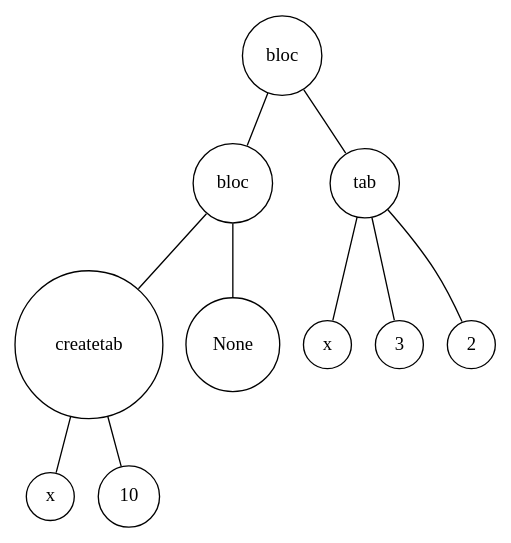
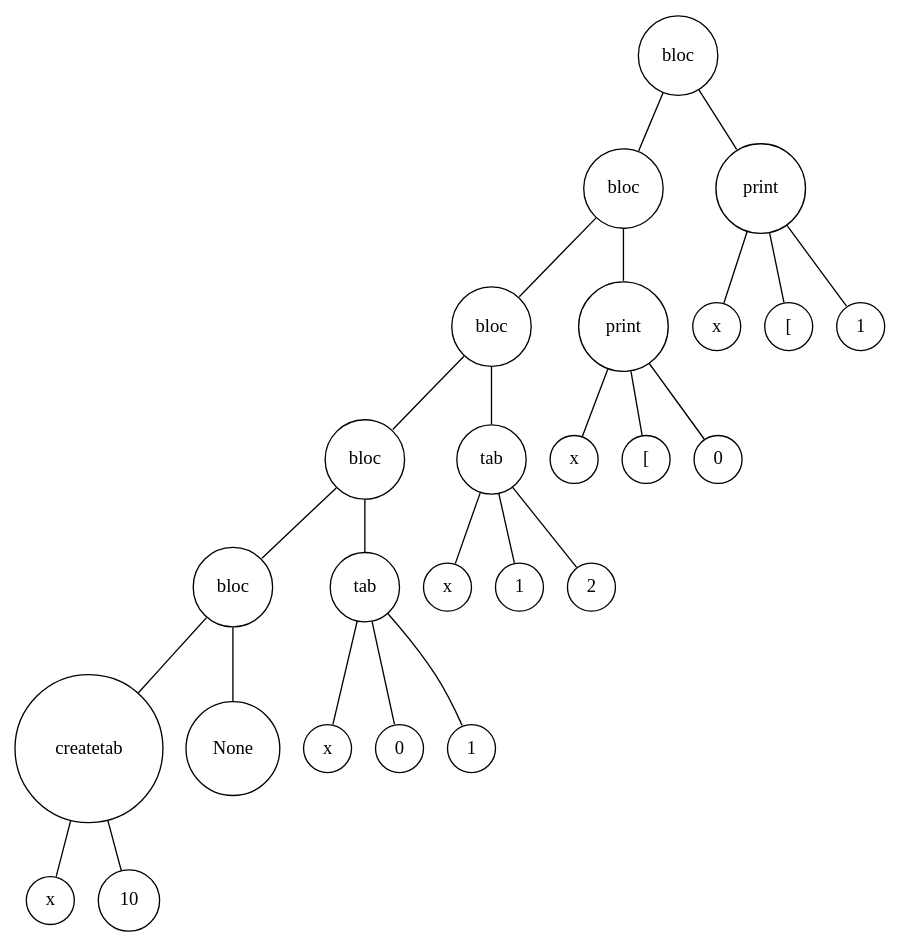
Before and after one commit to QuentinCoqueran/Lil_language: the diagram in Digraph.gv, drawn with Graphviz. The commit also changed 5 other files, not shown here.

Commit message:
print du tab non fonctionel

```diff
--- a/Digraph.gv
+++ b/Digraph.gv
@@ -1,22 +1,52 @@
 digraph {
 	node [shape=circle]
-	"1f2345d4-671f-41ed-88c7-6b42faf2755a" [label=bloc]
-	"6529ff58-92f4-49e9-8357-22f2e57a6a71" [label=bloc]
-	"502e8897-f0dd-4ae8-a84f-d4ca080555d5" [label=createtab]
-	"2fcb8f78-11cf-40b4-b16e-254d943d3826" [label=x]
-	"502e8897-f0dd-4ae8-a84f-d4ca080555d5" -> "2fcb8f78-11cf-40b4-b16e-254d943d3826" [arrowsize=0]
-	"6cc7a76f-9880-4e7d-b4db-e9a7e18830ab" [label=10]
-	"502e8897-f0dd-4ae8-a84f-d4ca080555d5" -> "6cc7a76f-9880-4e7d-b4db-e9a7e18830ab" [arrowsize=0]
-	"6529ff58-92f4-49e9-8357-22f2e57a6a71" -> "502e8897-f0dd-4ae8-a84f-d4ca080555d5" [arrowsize=0]
-	"f31bf098-6f53-4201-aaeb-77e32952a134" [label=None]
-	"6529ff58-92f4-49e9-8357-22f2e57a6a71" -> "f31bf098-6f53-4201-aaeb-77e32952a134" [arrowsize=0]
-	"1f2345d4-671f-41ed-88c7-6b42faf2755a" -> "6529ff58-92f4-49e9-8357-22f2e57a6a71" [arrowsize=0]
-	"896b00b0-9097-4ed0-8e9e-da52bbf7ccf9" [label=tab]
-	"3c2747a5-811d-4bc4-8e46-fce1c250972f" [label=x]
-	"896b00b0-9097-4ed0-8e9e-da52bbf7ccf9" -> "3c2747a5-811d-4bc4-8e46-fce1c250972f" [arrowsize=0]
-	"2893db77-650e-49a6-8c05-641d96645737" [label=3]
-	"896b00b0-9097-4ed0-8e9e-da52bbf7ccf9" -> "2893db77-650e-49a6-8c05-641d96645737" [arrowsize=0]
-	"53746d81-1d53-4813-9752-5ce07d350783" [label=2]
-	"896b00b0-9097-4ed0-8e9e-da52bbf7ccf9" -> "53746d81-1d53-4813-9752-5ce07d350783" [arrowsize=0]
-	"1f2345d4-671f-41ed-88c7-6b42faf2755a" -> "896b00b0-9097-4ed0-8e9e-da52bbf7ccf9" [arrowsize=0]
+	"39481a00-2e44-492d-b0f5-39fae528c051" [label=bloc]
+	"39256e4b-2703-4090-8c51-e07cb219b98c" [label=bloc]
+	"98cf6ff2-ff93-4f54-a950-c8ef2e0ef613" [label=bloc]
+	"a27b3a19-f43f-4be8-b7f7-d16029b6de33" [label=bloc]
+	"9d672205-39bd-4ddd-9509-5b38448be2c5" [label=bloc]
+	"553e4ce1-cef4-444e-b8db-b0f3424fb1f7" [label=createtab]
+	"36091b0a-f970-4845-afc0-82e7c07d469e" [label=x]
+	"553e4ce1-cef4-444e-b8db-b0f3424fb1f7" -> "36091b0a-f970-4845-afc0-82e7c07d469e" [arrowsize=0]
+	"9fbf95bb-9b05-41b1-9920-1efe0a501dcd" [label=10]
+	"553e4ce1-cef4-444e-b8db-b0f3424fb1f7" -> "9fbf95bb-9b05-41b1-9920-1efe0a501dcd" [arrowsize=0]
+	"9d672205-39bd-4ddd-9509-5b38448be2c5" -> "553e4ce1-cef4-444e-b8db-b0f3424fb1f7" [arrowsize=0]
+	"75e768d6-8fa0-4a20-bb80-a6c4d91d279e" [label=None]
+	"9d672205-39bd-4ddd-9509-5b38448be2c5" -> "75e768d6-8fa0-4a20-bb80-a6c4d91d279e" [arrowsize=0]
+	"a27b3a19-f43f-4be8-b7f7-d16029b6de33" -> "9d672205-39bd-4ddd-9509-5b38448be2c5" [arrowsize=0]
+	"b0700bcd-796c-4f88-81d8-fe4c450bb4ea" [label=tab]
+	"878f8e90-3b1e-4344-b500-8694c2fdafc9" [label=x]
+	"b0700bcd-796c-4f88-81d8-fe4c450bb4ea" -> "878f8e90-3b1e-4344-b500-8694c2fdafc9" [arrowsize=0]
+	"4ee901ad-3a0f-4148-b950-83549db5aad2" [label=0]
+	"b0700bcd-796c-4f88-81d8-fe4c450bb4ea" -> "4ee901ad-3a0f-4148-b950-83549db5aad2" [arrowsize=0]
+	"2f7b35d4-c75b-414f-884c-b70db4d43dcf" [label=1]
+	"b0700bcd-796c-4f88-81d8-fe4c450bb4ea" -> "2f7b35d4-c75b-414f-884c-b70db4d43dcf" [arrowsize=0]
+	"a27b3a19-f43f-4be8-b7f7-d16029b6de33" -> "b0700bcd-796c-4f88-81d8-fe4c450bb4ea" [arrowsize=0]
+	"98cf6ff2-ff93-4f54-a950-c8ef2e0ef613" -> "a27b3a19-f43f-4be8-b7f7-d16029b6de33" [arrowsize=0]
+	"ac95a016-d96e-41c8-a572-1d483b8563b2" [label=tab]
+	"addc7b69-3354-434f-94bf-4bb69dafdecf" [label=x]
+	"ac95a016-d96e-41c8-a572-1d483b8563b2" -> "addc7b69-3354-434f-94bf-4bb69dafdecf" [arrowsize=0]
+	"1e4826f2-eaf2-4c40-932d-04b21dfbeb4b" [label=1]
+	"ac95a016-d96e-41c8-a572-1d483b8563b2" -> "1e4826f2-eaf2-4c40-932d-04b21dfbeb4b" [arrowsize=0]
+	"ba28370d-33c6-42ac-8728-d12fb978cbd6" [label=2]
+	"ac95a016-d96e-41c8-a572-1d483b8563b2" -> "ba28370d-33c6-42ac-8728-d12fb978cbd6" [arrowsize=0]
+	"98cf6ff2-ff93-4f54-a950-c8ef2e0ef613" -> "ac95a016-d96e-41c8-a572-1d483b8563b2" [arrowsize=0]
+	"39256e4b-2703-4090-8c51-e07cb219b98c" -> "98cf6ff2-ff93-4f54-a950-c8ef2e0ef613" [arrowsize=0]
+	"c7941332-35de-4cfd-a9dc-8ce9d417f29c" [label=print]
+	"336a2a32-1849-44cc-9e89-be98a8664503" [label=x]
+	"c7941332-35de-4cfd-a9dc-8ce9d417f29c" -> "336a2a32-1849-44cc-9e89-be98a8664503" [arrowsize=0]
+	"d0630cdb-4973-4082-97d5-f9beb75e8682" [label="["]
+	"c7941332-35de-4cfd-a9dc-8ce9d417f29c" -> "d0630cdb-4973-4082-97d5-f9beb75e8682" [arrowsize=0]
+	"e790d374-9105-4afb-bd6c-63766cf1c4b7" [label=0]
+	"c7941332-35de-4cfd-a9dc-8ce9d417f29c" -> "e790d374-9105-4afb-bd6c-63766cf1c4b7" [arrowsize=0]
+	"39256e4b-2703-4090-8c51-e07cb219b98c" -> "c7941332-35de-4cfd-a9dc-8ce9d417f29c" [arrowsize=0]
+	"39481a00-2e44-492d-b0f5-39fae528c051" -> "39256e4b-2703-4090-8c51-e07cb219b98c" [arrowsize=0]
+	"be1ad80d-a33a-49b7-b9e4-44c3d1d7a767" [label=print]
+	"ee5a8a93-213a-46fe-8d3e-c24699400292" [label=x]
+	"be1ad80d-a33a-49b7-b9e4-44c3d1d7a767" -> "ee5a8a93-213a-46fe-8d3e-c24699400292" [arrowsize=0]
+	"6caa52f9-3613-4fed-b1bb-991bbe42bed2" [label="["]
+	"be1ad80d-a33a-49b7-b9e4-44c3d1d7a767" -> "6caa52f9-3613-4fed-b1bb-991bbe42bed2" [arrowsize=0]
+	"f7f3ad91-fbe4-4e0a-9456-707881058c09" [label=1]
+	"be1ad80d-a33a-49b7-b9e4-44c3d1d7a767" -> "f7f3ad91-fbe4-4e0a-9456-707881058c09" [arrowsize=0]
+	"39481a00-2e44-492d-b0f5-39fae528c051" -> "be1ad80d-a33a-49b7-b9e4-44c3d1d7a767" [arrowsize=0]
 }
```
